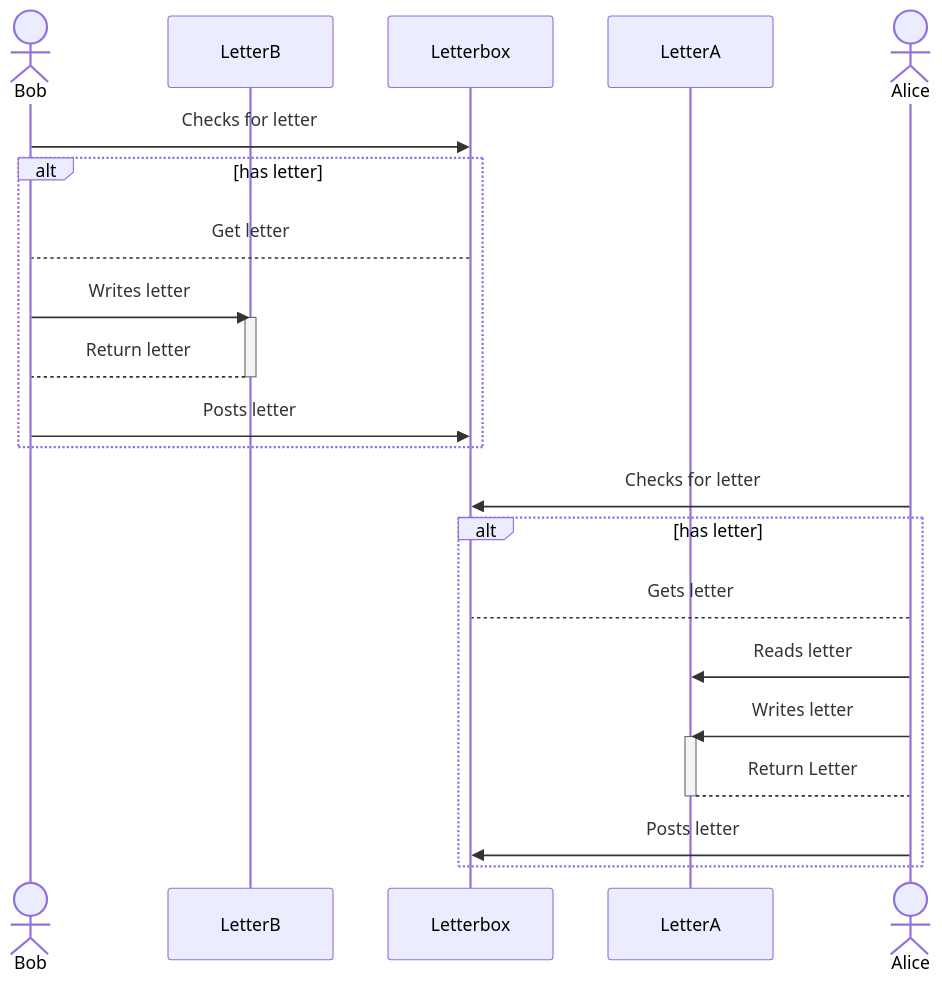
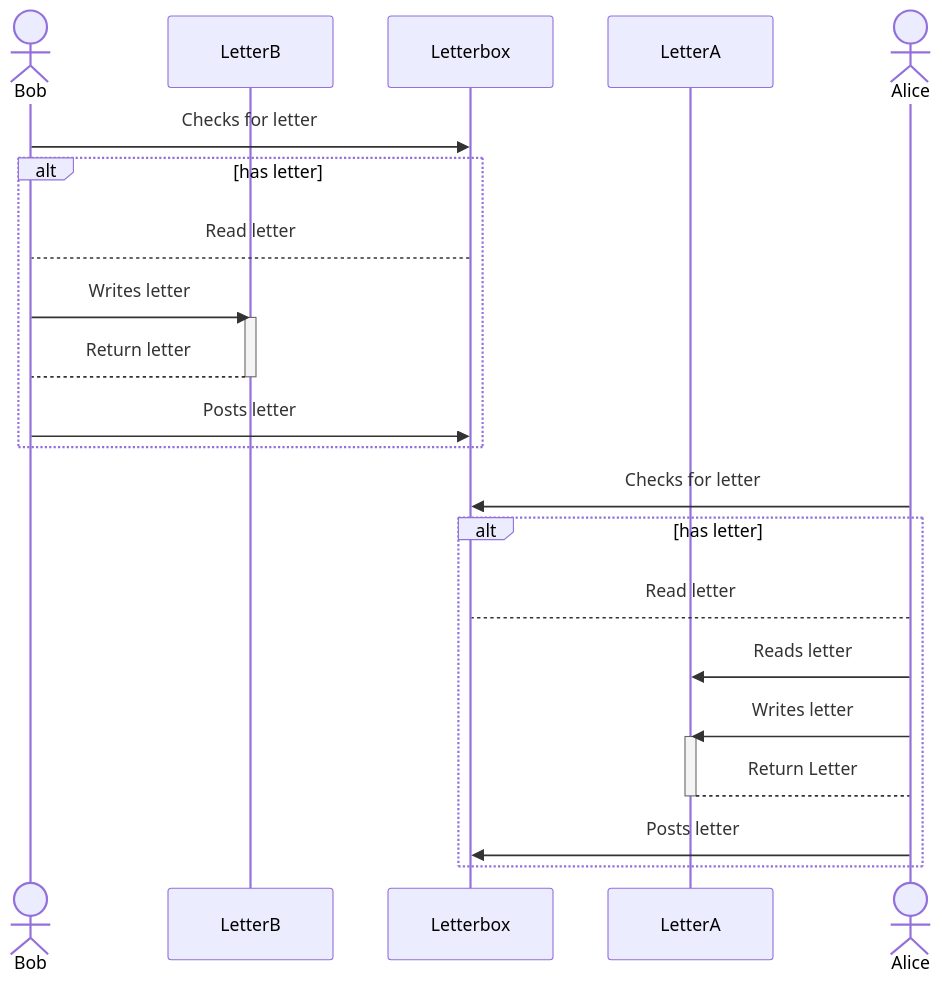
Before and after one commit to MightyMuso/Applied-Python-AT1: the second of 5 diagrams in uml.md, drawn with Mermaid. The commit also changed 4 other files, not shown here.

````diff
--- a/uml.md
+++ b/uml.md
@@ -25,28 +25,28 @@
 ``` mermaid
 sequenceDiagram
     actor Bob
     participant LetterB
     participant Letterbox
     participant LetterA
     actor Alice
     
     Bob ->> Letterbox: Checks for letter
     alt has letter
-        Letterbox --> Bob: Get letter
+        Letterbox --> Bob: Read letter
         Bob ->> LetterB: Writes letter
         activate LetterB
         LetterB --> Bob: Return letter
         deactivate LetterB
         Bob ->> Letterbox: Posts letter
     end
     Alice ->> Letterbox: Checks for letter
     alt has letter
-        Alice --> Letterbox: Gets letter
+        Alice --> Letterbox: Read letter
         Alice ->> LetterA: Reads letter
         Alice ->> LetterA: Writes letter
         activate LetterA
         LetterA --> Alice: Return Letter
         deactivate LetterA
         Alice ->> Letterbox: Posts letter
     end
 ```
````
